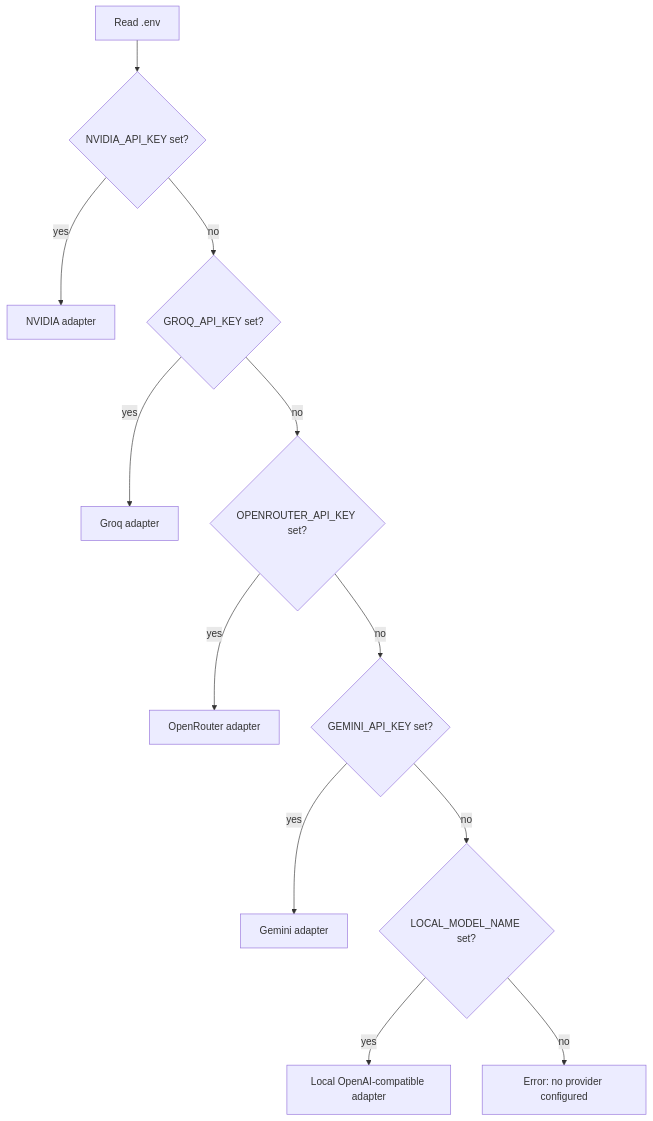
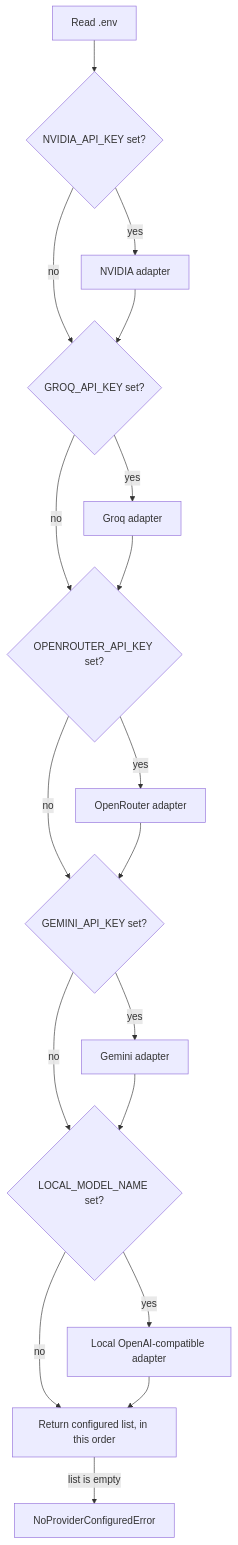
One commit to AyushShanu/CodeBase-MCP-Server changed the fourth of 5 diagrams in FLOW.md. Above: the diagram before and after it, drawn with Mermaid. The commit also changed other lines of this file and 25 other files, not shown here.

````diff
--- a/FLOW.md
+++ b/FLOW.md
@@ -210,14 +271,20 @@
 ```mermaid
 flowchart TD
     Cfg[Read .env] --> K1{NVIDIA_API_KEY set?}
     K1 -- yes --> P1[NVIDIA adapter]
     K1 -- no --> K2{GROQ_API_KEY set?}
+    P1 --> K2
     K2 -- yes --> P2[Groq adapter]
     K2 -- no --> K3{OPENROUTER_API_KEY set?}
+    P2 --> K3
     K3 -- yes --> P3[OpenRouter adapter]
     K3 -- no --> K4{GEMINI_API_KEY set?}
+    P3 --> K4
     K4 -- yes --> P4[Gemini adapter]
     K4 -- no --> K5{LOCAL_MODEL_NAME set?}
+    P4 --> K5
     K5 -- yes --> P5[Local OpenAI-compatible adapter]
-    K5 -- no --> X[Error: no provider configured]
+    K5 -- no --> Done[Return configured list, in this order]
+    P5 --> Done
+    Done -- list is empty --> X[NoProviderConfiguredError]
 ```
````
